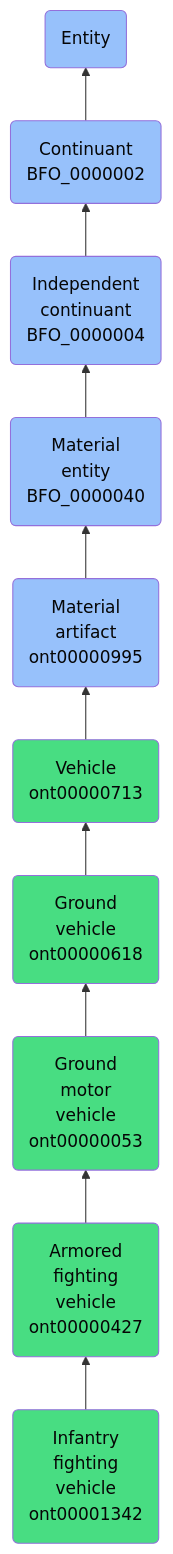
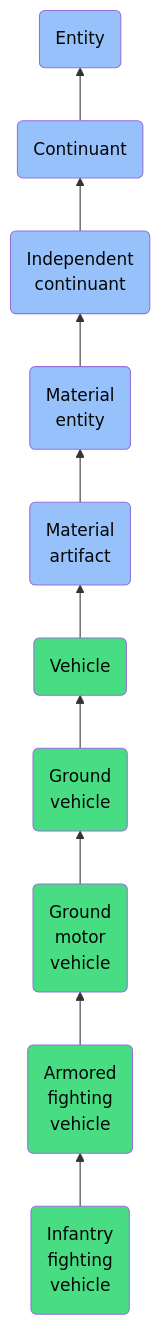
The diagram in docs/ontology/reference/model/Entity/Continuant/Independent continuant/Material entity/Material artifact/Vehicle/Ground vehicle/Ground motor vehicle/Armored fighting vehicle/Infantry fighting vehicle/Infantry fighting vehicle.md (jupyter-naas/abi), drawn with Mermaid before and after one commit. The commit also changed other lines of this file and 1430 other files, not shown here.

````diff
--- a/docs/ontology/reference/model/Entity/Continuant/Independent continuant/Material entity/Material artifact/Vehicle/Ground vehicle/Ground motor vehicle/Armored fighting vehicle/Infantry fighting vehicle/Infantry fighting vehicle.md
+++ b/docs/ontology/reference/model/Entity/Continuant/Independent continuant/Material entity/Material artifact/Vehicle/Ground vehicle/Ground motor vehicle/Armored fighting vehicle/Infantry fighting vehicle/Infantry fighting vehicle.md
@@ -24,17 +24,17 @@
 ```mermaid
 graph BT
-    ont00001342(Infantry<br>fighting<br>vehicle<br>ont00001342):::ABI-->ont00000427
-    ont00000427(Armored<br>fighting<br>vehicle<br>ont00000427):::ABI-->ont00000053
-    ont00000053(Ground<br>motor<br>vehicle<br>ont00000053):::ABI-->ont00000618
-    ont00000618(Ground<br>vehicle<br>ont00000618):::ABI-->ont00000713
-    ont00000713(Vehicle<br>ont00000713):::ABI-->ont00000995
-    ont00000995(Material<br>artifact<br>ont00000995):::BFO-->BFO_0000040
-    BFO_0000040(Material<br>entity<br>BFO_0000040):::BFO-->BFO_0000004
-    BFO_0000004(Independent<br>continuant<br>BFO_0000004):::BFO-->BFO_0000002
-    BFO_0000002(Continuant<br>BFO_0000002):::BFO-->BFO_0000001
+    ont00001342(Infantry<br>fighting<br>vehicle):::ABI-->ont00000427
+    ont00000427(Armored<br>fighting<br>vehicle):::ABI-->ont00000053
+    ont00000053(Ground<br>motor<br>vehicle):::ABI-->ont00000618
+    ont00000618(Ground<br>vehicle):::ABI-->ont00000713
+    ont00000713(Vehicle):::ABI-->ont00000995
+    ont00000995(Material<br>artifact):::BFO-->BFO_0000040
+    BFO_0000040(Material<br>entity):::BFO-->BFO_0000004
+    BFO_0000004(Independent<br>continuant):::BFO-->BFO_0000002
+    BFO_0000002(Continuant):::BFO-->BFO_0000001
     BFO_0000001(Entity):::BFO
     
     classDef BFO fill:#97c1fb,color:#060606
     classDef CCO fill:#e4c51e,color:#060606
     classDef ABI fill:#48DD82,color:#060606
 ```
````
